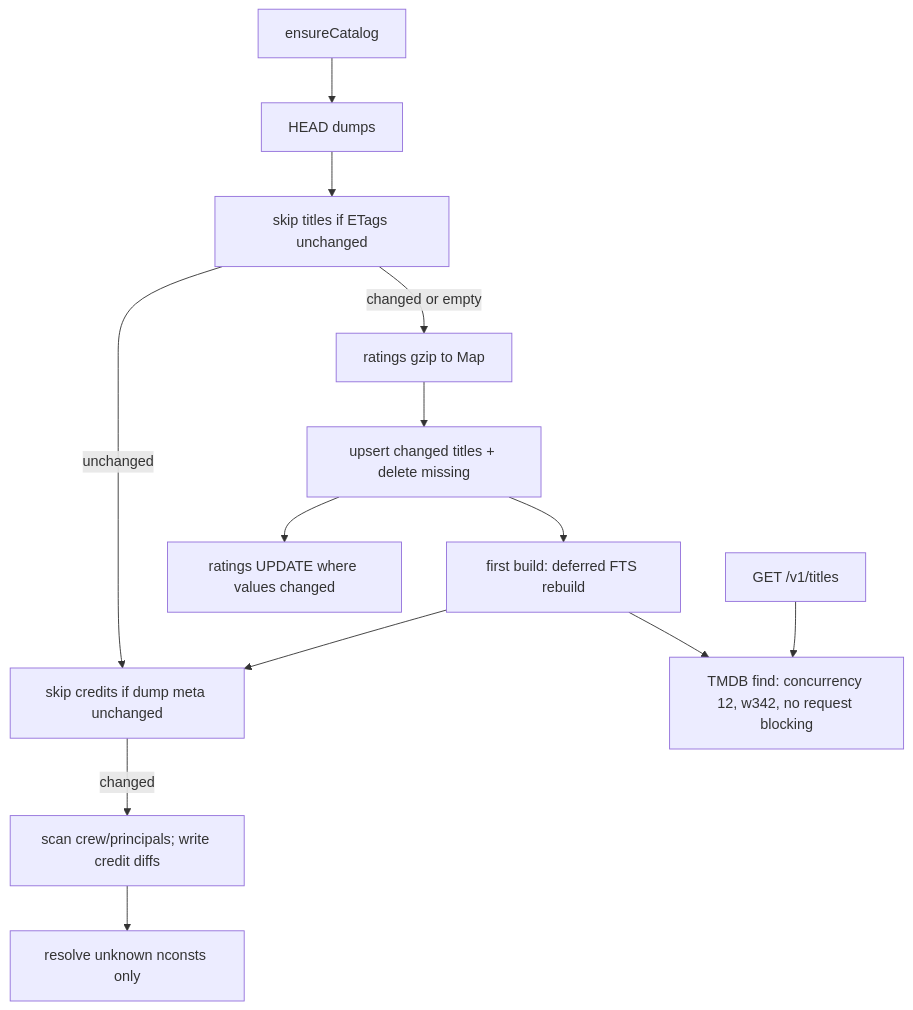
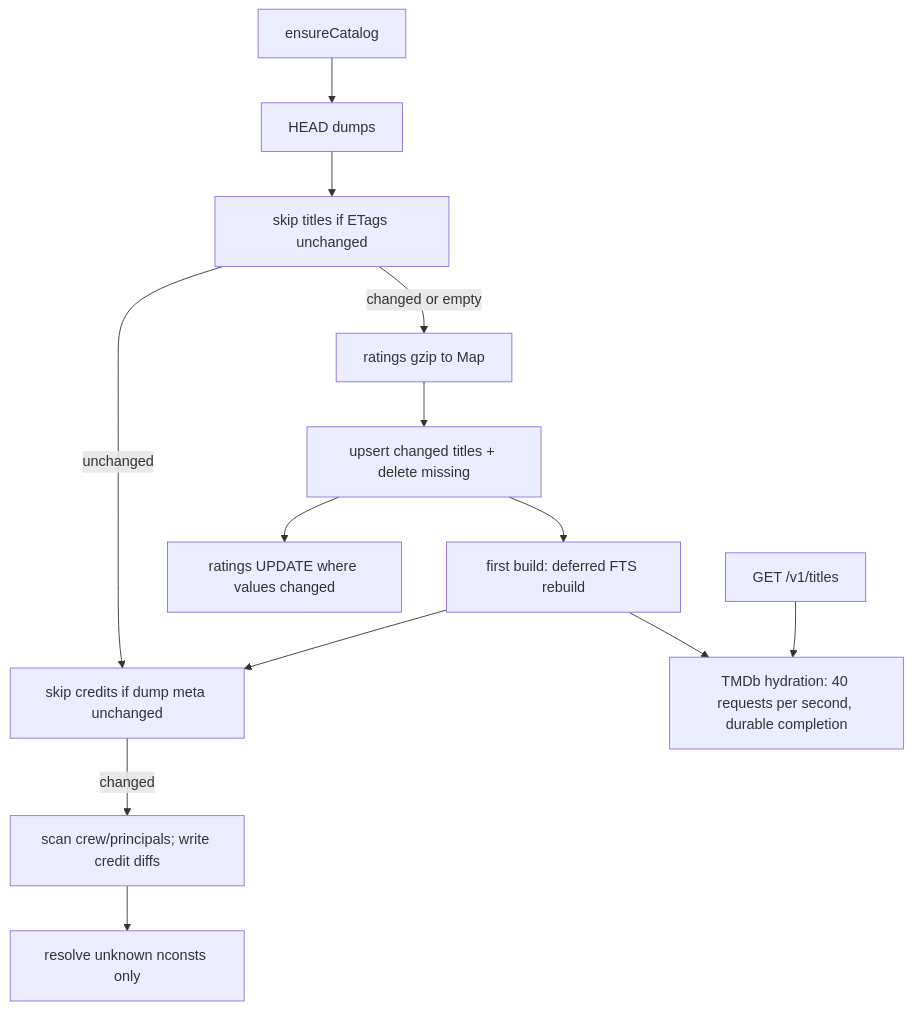
The first of 2 diagrams in docs/cataloguing.md (mattgoespro/rescore), drawn with Mermaid before and after one commit. The commit also changed other lines of this file and 107 other files, not shown here.

````diff
--- a/docs/cataloguing.md
+++ b/docs/cataloguing.md
@@ -274,28 +281,28 @@
 ```mermaid
 flowchart TD
   ensure["ensureCatalog"]
   dumps["HEAD dumps"]
   skip["skip titles if ETags unchanged"]
   ratingsMap["ratings gzip to Map"]
   reconcile["upsert changed titles + delete missing"]
   ftsFirst["first build: deferred FTS rebuild"]
   creditsSkip["skip credits if dump meta unchanged"]
   creditsScan["scan crew/principals; write credit diffs"]
   names["resolve unknown nconsts only"]
   ratingsDiff["ratings UPDATE where values changed"]
-  tmdb["TMDB find: concurrency 12, w342, no request blocking"]
+  tmdb["TMDb hydration: 40 requests per second, durable completion"]
   serve["GET /v1/titles"]
 
   ensure --> dumps
   dumps --> skip
   skip -->|"changed or empty"| ratingsMap
   skip -->|"unchanged"| creditsSkip
   ratingsMap --> reconcile
   reconcile --> ftsFirst
   ftsFirst --> creditsSkip
   creditsSkip -->|"changed"| creditsScan
   creditsScan --> names
   reconcile --> ratingsDiff
   ftsFirst --> tmdb
   serve --> tmdb
 ```
````
